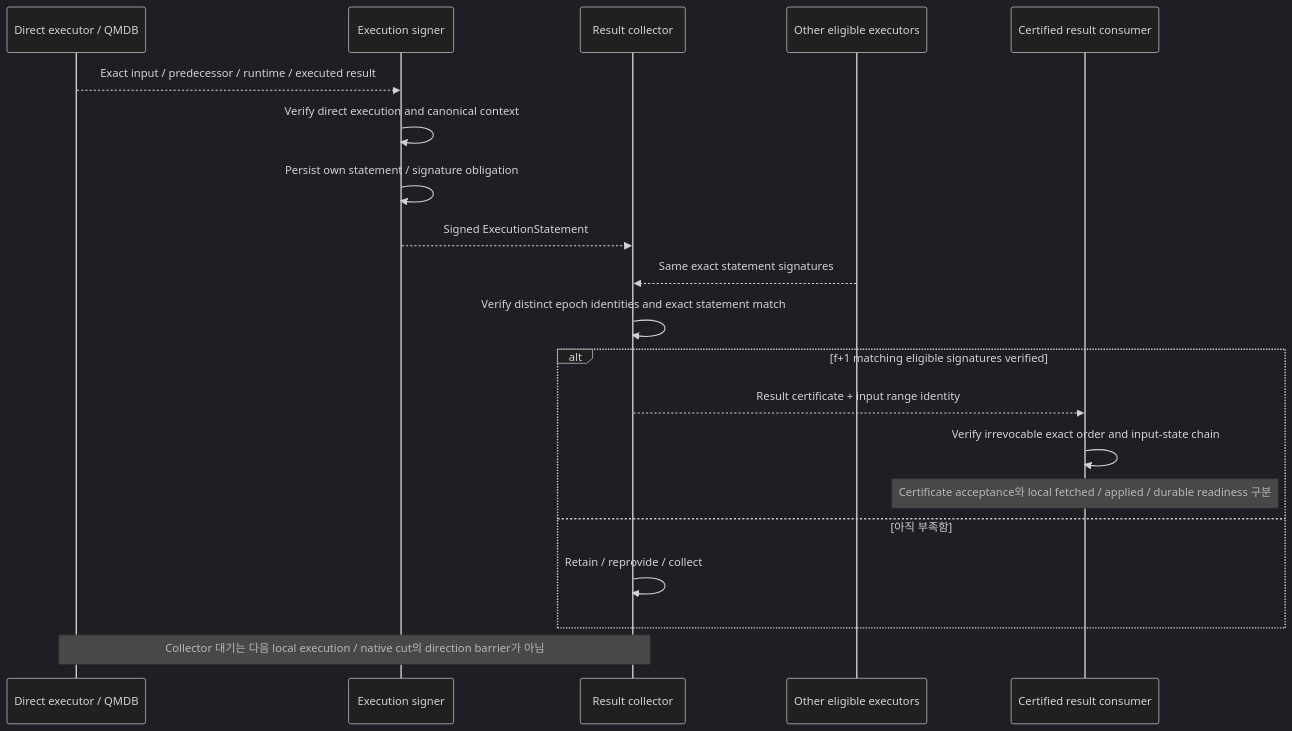
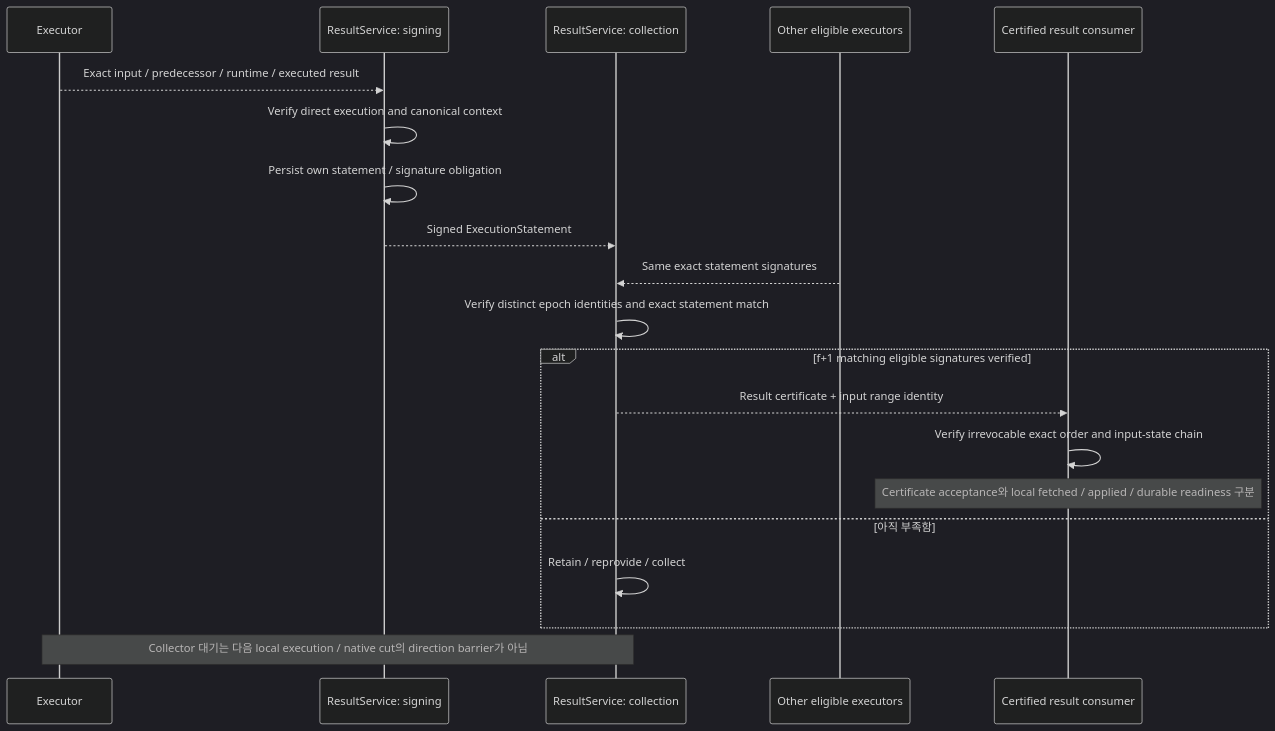
One commit to djm07073/baton-research changed diagram 11 of 18 in IMPLEMENTATION_SPEC.md. Above: the diagram before and after it, drawn with Mermaid (dark theme). The commit also changed other lines of this file and 51 other files, not shown here.

````diff
--- a/IMPLEMENTATION_SPEC.md
+++ b/IMPLEMENTATION_SPEC.md
@@ -514,22 +550,22 @@
 ```mermaid
 sequenceDiagram
-    participant E as Direct executor / QMDB
-    participant S as Execution signer
-    participant C as Result collector
+    participant E as Executor
+    participant S as ResultService: signing
+    participant C as ResultService: collection
     participant V as Other eligible executors
     participant R as Certified result consumer
     E-->>S: Exact input / predecessor / runtime / executed result
     S->>S: Verify direct execution and canonical context
     S->>S: Persist own statement / signature obligation
     S-->>C: Signed ExecutionStatement
     V-->>C: Same exact statement signatures
     C->>C: Verify distinct epoch identities and exact statement match
     alt f+1 matching eligible signatures verified
         C-->>R: Result certificate + input range identity
         R->>R: Verify irrevocable exact order and input-state chain
         Note over R: Certificate acceptance와 local fetched / applied / durable readiness 구분
     else 아직 부족함
         C->>C: Retain / reprovide / collect
     end
     Note over E,C: Collector 대기는 다음 local execution / native cut의 direction barrier가 아님
 ```
````
